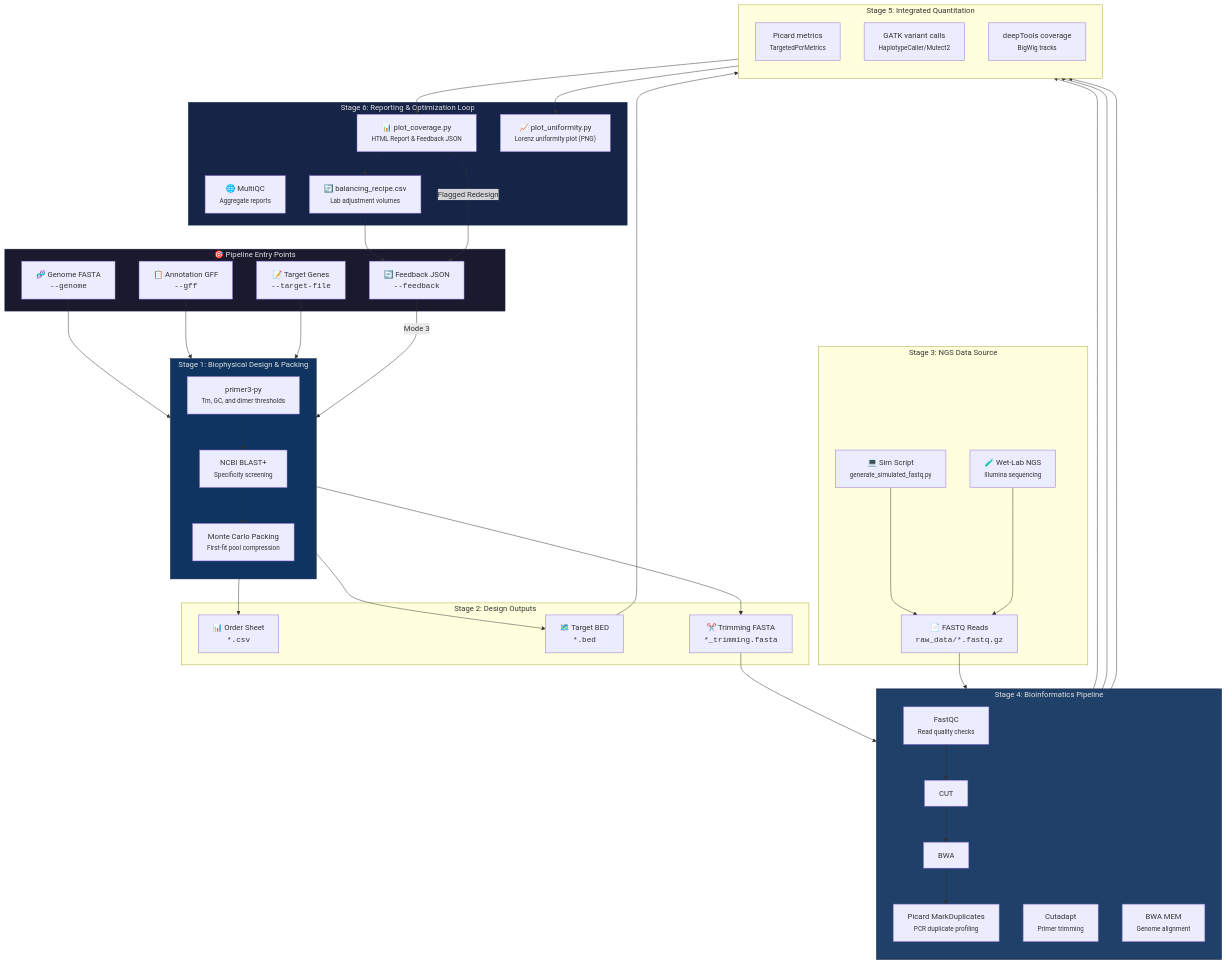
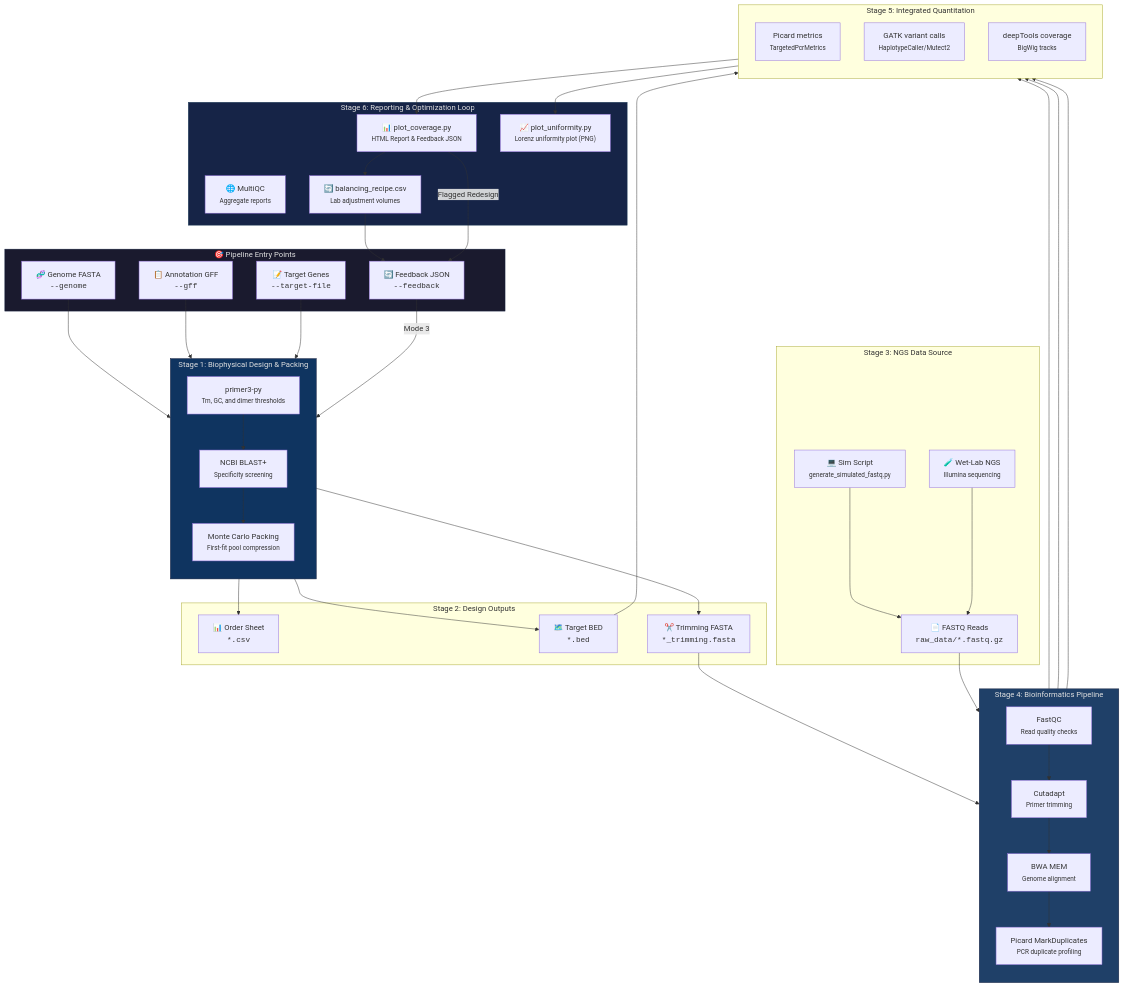
One commit to AHumanBrain/my_amplicon_project changed the first of 3 diagrams in README.md. Above: the diagram before and after it, drawn with Mermaid. The commit also changed other lines of this file and 6 other files, not shown here.

````diff
--- a/README.md
+++ b/README.md
@@ -11,71 +11,71 @@
 ```mermaid
 flowchart TD
     subgraph entry["🎯 Pipeline Entry Points"]
         GENOME["🧬 Genome FASTA<br/><code>--genome</code>"]
         GFF["📋 Annotation GFF<br/><code>--gff</code>"]
         TARGETS["📝 Target Genes<br/><code>--target-file</code>"]
         FEEDBACK["🔄 Feedback JSON<br/><code>--feedback</code>"]
     end
 
     subgraph s1["Stage 1: Biophysical Design & Packing"]
         direction TB
         P3["primer3-py<br/><small>Tm, GC, and dimer thresholds</small>"]
         BLAST["NCBI BLAST+<br/><small>Specificity screening</small>"]
         MCMC["Monte Carlo Packing<br/><small>First-fit pool compression</small>"]
         P3 --> BLAST --> MCMC
     end
 
     subgraph s2["Stage 2: Design Outputs"]
         CSV["📊 Order Sheet<br/><code>*.csv</code>"]
         BED["🗺️ Target BED<br/><code>*.bed</code>"]
         FASTAC["✂️ Trimming FASTA<br/><code>*_trimming.fasta</code>"]
     end
 
     subgraph s3["Stage 3: NGS Data Source"]
         WET["🧪 Wet-Lab NGS<br/><small>Illumina sequencing</small>"]
         SIM["💻 Sim Script<br/><small>generate_simulated_fastq.py</small>"]
         FQ["📄 FASTQ Reads<br/><code>raw_data/*.fastq.gz</code>"]
         SIM --> FQ
         WET --> FQ
     end
 
     subgraph s4["Stage 4: Bioinformatics Pipeline"]
         direction TB
         FQC["FastQC<br/><small>Read quality checks</small>"]
         TRIM["Cutadapt<br/><small>Primer trimming</small>"]
         ALIGN["BWA MEM<br/><small>Genome alignment</small>"]
         DUP["Picard MarkDuplicates<br/><small>PCR duplicate profiling</small>"]
-        FQC --> CUT --> BWA --> DUP
+        FQC --> TRIM --> ALIGN --> DUP
     end
 
     subgraph s5["Stage 5: Integrated Quantitation"]
         direction TB
         PIC["Picard metrics<br/><small>TargetedPcrMetrics</small>"]
         GATK["GATK variant calls<br/><small>HaplotypeCaller/Mutect2</small>"]
         DEEP["deepTools coverage<br/><small>BigWig tracks</small>"]
     end
 
     subgraph s6["Stage 6: Reporting & Optimization Loop"]
         REP["📊 plot_coverage.py<br/><small>HTML Report & Feedback JSON</small>"]
         PLOT["📈 plot_uniformity.py<br/><small>Lorenz uniformity plot (PNG)</small>"]
         MQC["🌐 MultiQC<br/><small>Aggregate reports</small>"]
         RECIPE["🔄 balancing_recipe.csv<br/><small>Lab adjustment volumes</small>"]
     end
 
     GENOME & GFF & TARGETS --> P3
     FEEDBACK -- "Mode 3" --> P3
     MCMC --> CSV & BED & FASTAC
-    FASTAC --> CUT
+    FASTAC --> TRIM
     BED --> PIC
     FQ --> FQC
     DUP --> PIC & GATK & DEEP
     PIC --> REP & PLOT
     REP --> RECIPE
     RECIPE --> FEEDBACK
     REP -- "Flagged Redesign" --> FEEDBACK
 
     style entry fill:#1a1a2e,stroke:#16213e,color:#e0e0e0
     style s1 fill:#0f3460,stroke:#16213e,color:#e0e0e0
     style s4 fill:#1f4068,stroke:#16213e,color:#e0e0e0
     style s6 fill:#162447,stroke:#1e3d59,color:#e0e0e0
 ```
````
